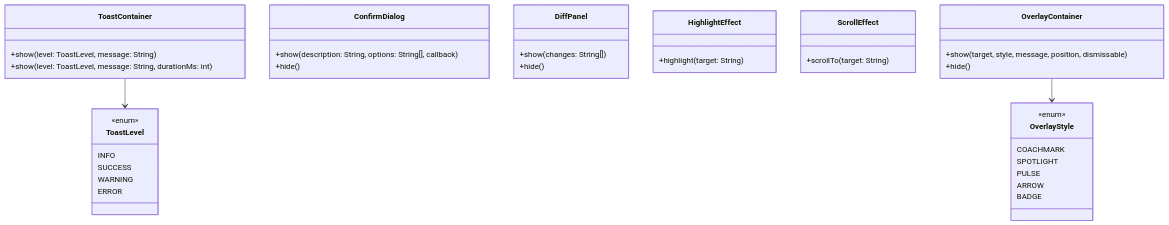
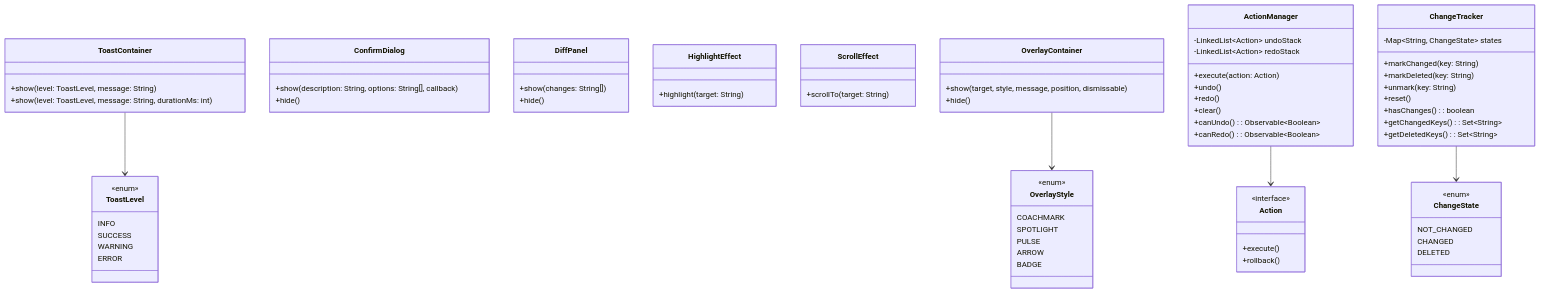
The diagram in ui-components/CLASS-DIAGRAM.md (sayaya1090/handbook), drawn with Mermaid before and after one commit. The commit also changed 74 other files, not shown here.

````diff
--- a/ui-components/CLASS-DIAGRAM.md
+++ b/ui-components/CLASS-DIAGRAM.md
@@ -47,6 +47,43 @@
         +hide()
     }
 
+    class Action {
+        <<interface>>
+        +execute()
+        +rollback()
+    }
+
+    class ActionManager {
+        -LinkedList~Action~ undoStack
+        -LinkedList~Action~ redoStack
+        +execute(action: Action)
+        +undo()
+        +redo()
+        +clear()
+        +canUndo(): Observable~Boolean~
+        +canRedo(): Observable~Boolean~
+    }
+
+    class ChangeTracker {
+        -Map~String, ChangeState~ states
+        +markChanged(key: String)
+        +markDeleted(key: String)
+        +unmark(key: String)
+        +reset()
+        +hasChanges(): boolean
+        +getChangedKeys(): Set~String~
+        +getDeletedKeys(): Set~String~
+    }
+
+    class ChangeState {
+        <<enum>>
+        NOT_CHANGED
+        CHANGED
+        DELETED
+    }
+
     ToastContainer --> ToastLevel
     OverlayContainer --> OverlayStyle
+    ActionManager --> Action
+    ChangeTracker --> ChangeState
 ```
````
